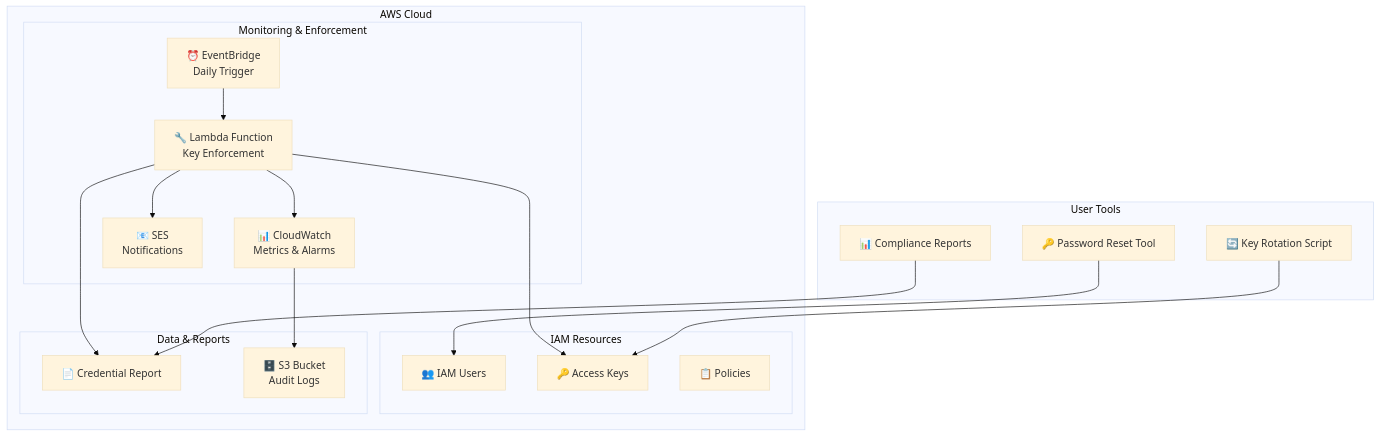
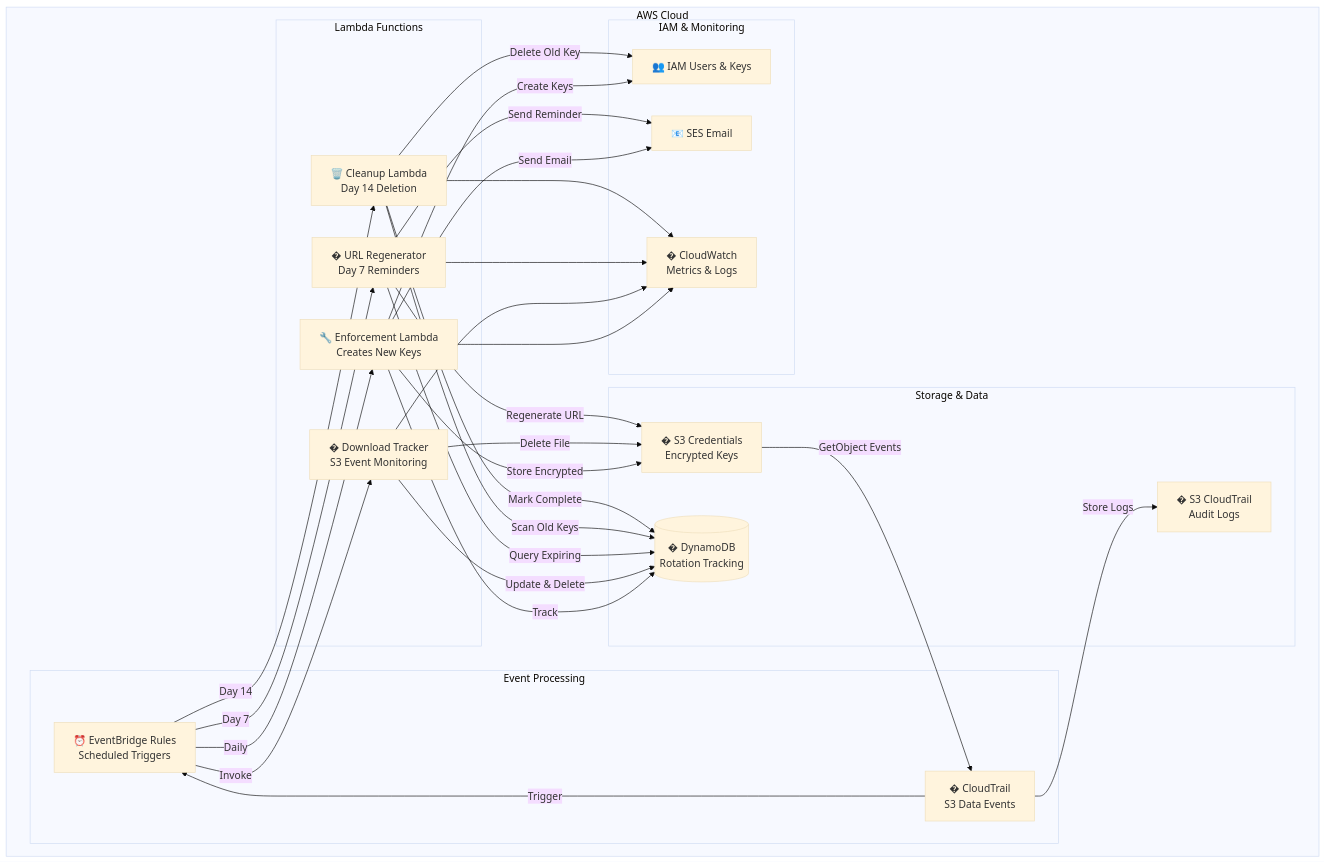
One commit to tblakex01/iam-key-rotation changed the diagram in README.md. Above: the diagram before and after it, drawn with Mermaid (base theme). The commit also changed other lines of this file and 34 other files, not shown here.

First line of the commit message:
🔄 Fully Automated IAM Key Rotation System with Terragrunt Multi-Environment Deployment (#12)

````diff
--- a/README.md
+++ b/README.md
@@ -97,40 +99,57 @@
 ```mermaid
 graph TB
     subgraph "AWS Cloud"
-        subgraph "Monitoring & Enforcement"
-            Lambda[🔧 Lambda Function<br/>Key Enforcement]
-            CW[📊 CloudWatch<br/>Metrics & Alarms]
-            SES[📧 SES<br/>Notifications]
-            EventBridge[⏰ EventBridge<br/>Daily Trigger]
+        subgraph "Lambda Functions"
+            Enforcement[🔧 Enforcement Lambda<br/>Creates New Keys]
+            DownloadTracker[� Download Tracker<br/>S3 Event Monitoring]
+            URLRegenerator[� URL Regenerator<br/>Day 7 Reminders]
+            Cleanup[🗑️ Cleanup Lambda<br/>Day 14 Deletion]
         end
         
-        subgraph "IAM Resources"
-            Users[👥 IAM Users]
-            Keys[🔑 Access Keys]
-            Policies[📋 Policies]
+        subgraph "Storage & Data"
+            S3Creds[�️ S3 Credentials<br/>Encrypted Keys]
+            S3Trail[�️ S3 CloudTrail<br/>Audit Logs]
+            DynamoDB[(� DynamoDB<br/>Rotation Tracking)]
         end
         
-        subgraph "Data & Reports"
-            CredReport[📄 Credential Report]
-            S3[🗄️ S3 Bucket<br/>Audit Logs]
+        subgraph "Event Processing"
+            EventBridge[⏰ EventBridge Rules<br/>Scheduled Triggers]
+            CloudTrail[� CloudTrail<br/>S3 Data Events]
+        end
+        
+        subgraph "IAM & Monitoring"
+            IAM[👥 IAM Users & Keys]
+            SES[📧 SES Email]
+            CW[� CloudWatch<br/>Metrics & Logs]
         end
     end
     
-    subgraph "User Tools"
-        KeyRotation[🔄 Key Rotation Script]
-        PasswordReset[🔑 Password Reset Tool]
-        ComplianceReport[📊 Compliance Reports]
-    end
+    EventBridge -->|Daily| Enforcement
+    EventBridge -->|Day 7| URLRegenerator
+    EventBridge -->|Day 14| Cleanup
     
-    EventBridge --> Lambda
-    Lambda --> CredReport
-    Lambda --> CW
-    Lambda --> SES
-    Lambda --> Keys
+    Enforcement -->|Create Keys| IAM
+    Enforcement -->|Store Encrypted| S3Creds
+    Enforcement -->|Track| DynamoDB
+    Enforcement -->|Send Email| SES
     
-    KeyRotation --> Keys
-    PasswordReset --> Users
-    ComplianceReport --> CredReport
+    S3Creds -->|GetObject Events| CloudTrail
+    CloudTrail -->|Trigger| EventBridge
+    EventBridge -->|Invoke| DownloadTracker
+    DownloadTracker -->|Update & Delete| DynamoDB
+    DownloadTracker -->|Delete File| S3Creds
     
-    CW --> S3
+    URLRegenerator -->|Query Expiring| DynamoDB
+    URLRegenerator -->|Regenerate URL| S3Creds
+    URLRegenerator -->|Send Reminder| SES
+    
+    Cleanup -->|Scan Old Keys| DynamoDB
+    Cleanup -->|Delete Old Key| IAM
+    Cleanup -->|Mark Complete| DynamoDB
+    
+    CloudTrail -->|Store Logs| S3Trail
+    Enforcement --> CW
+    DownloadTracker --> CW
+    URLRegenerator --> CW
+    Cleanup --> CW
 ```
````
